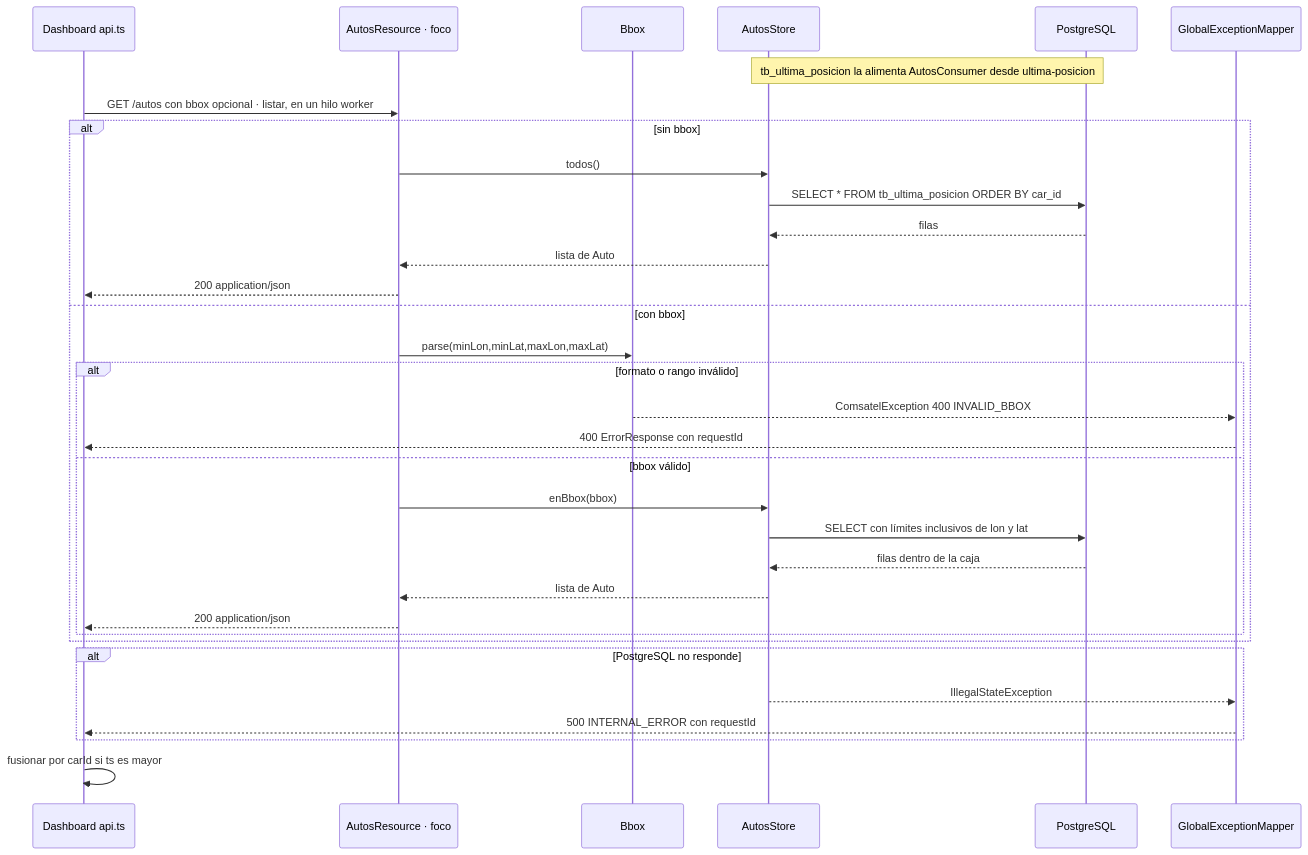
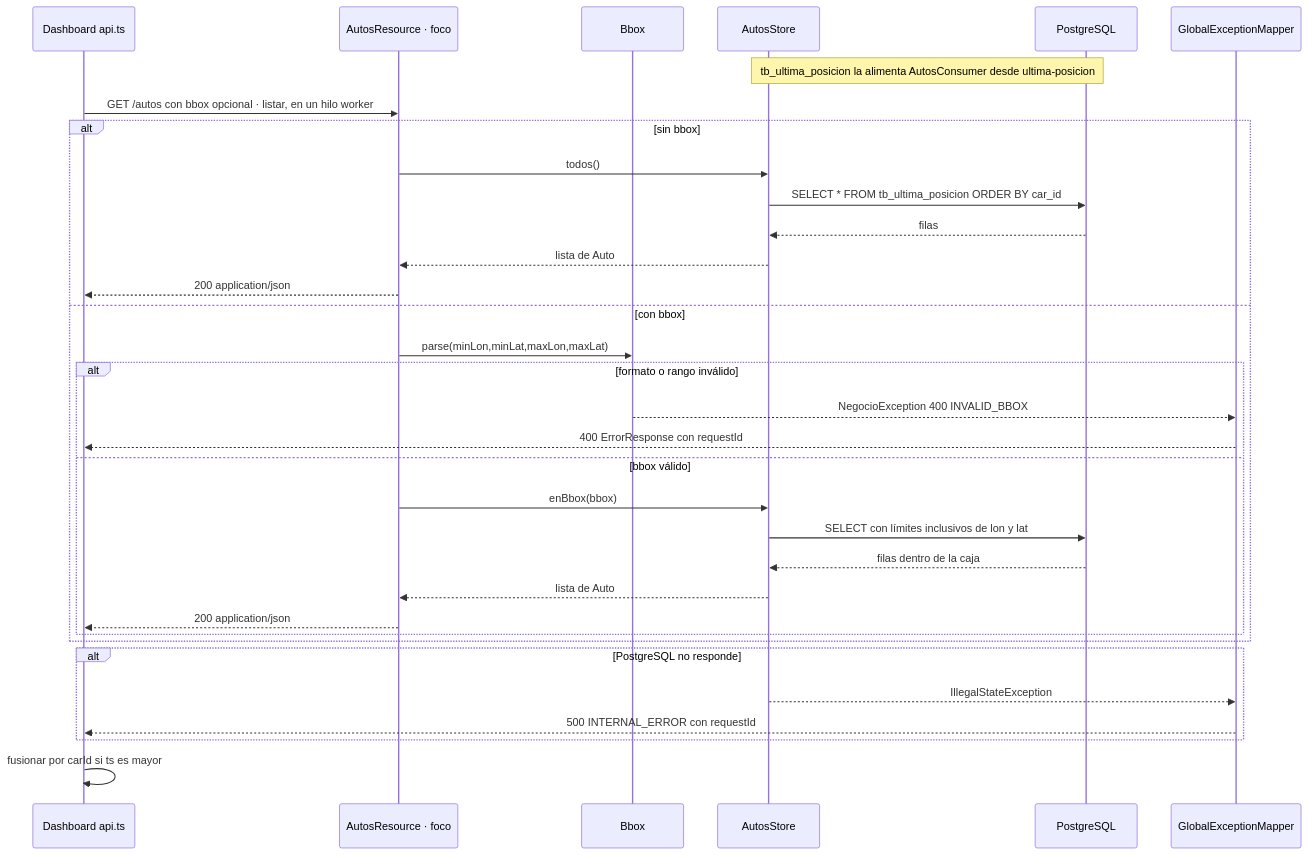
The diagram in docs/c4/diagrams/sequences/get-autos.mmd (devbryan02/telemetry-flink-quarkus), drawn with Mermaid before and after one commit. The commit also changed 27 other files, not shown here.

```diff
--- a/docs/c4/diagrams/sequences/get-autos.mmd
+++ b/docs/c4/diagrams/sequences/get-autos.mmd
@@ -1,34 +1,34 @@
 %%{init: {'themeCSS': 'rect.actor{stroke:#616161;stroke-width:2px;} rect.actor[name="R"]{stroke:#B71C1C !important;stroke-width:4px !important;}'}}%%
 sequenceDiagram
   participant C as Dashboard api.ts
   participant R as AutosResource · foco
   participant B as Bbox
   participant ST as AutosStore
   participant PG as PostgreSQL
   participant E as GlobalExceptionMapper
   Note over ST,PG: tb_ultima_posicion la alimenta AutosConsumer desde ultima-posicion
   C->>R: GET /autos con bbox opcional · listar, en un hilo worker
   alt sin bbox
     R->>ST: todos()
     ST->>PG: SELECT * FROM tb_ultima_posicion ORDER BY car_id
     PG-->>ST: filas
     ST-->>R: lista de Auto
     R-->>C: 200 application/json
   else con bbox
     R->>B: parse(minLon,minLat,maxLon,maxLat)
     alt formato o rango inválido
-      B-->>E: ComsatelException 400 INVALID_BBOX
+      B-->>E: NegocioException 400 INVALID_BBOX
       E-->>C: 400 ErrorResponse con requestId
     else bbox válido
       R->>ST: enBbox(bbox)
       ST->>PG: SELECT con límites inclusivos de lon y lat
       PG-->>ST: filas dentro de la caja
       ST-->>R: lista de Auto
       R-->>C: 200 application/json
     end
   end
   alt PostgreSQL no responde
     ST-->>E: IllegalStateException
     E-->>C: 500 INTERNAL_ERROR con requestId
   end
   C->>C: fusionar por carId si ts es mayor
```
